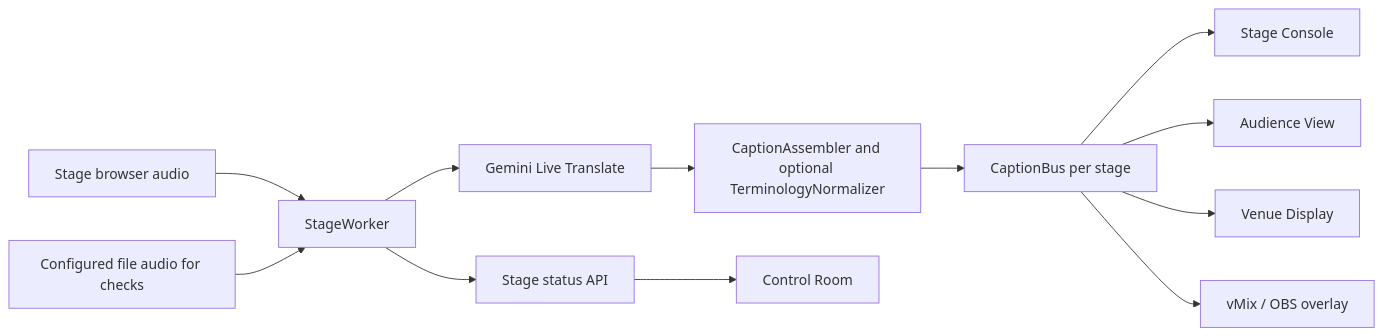
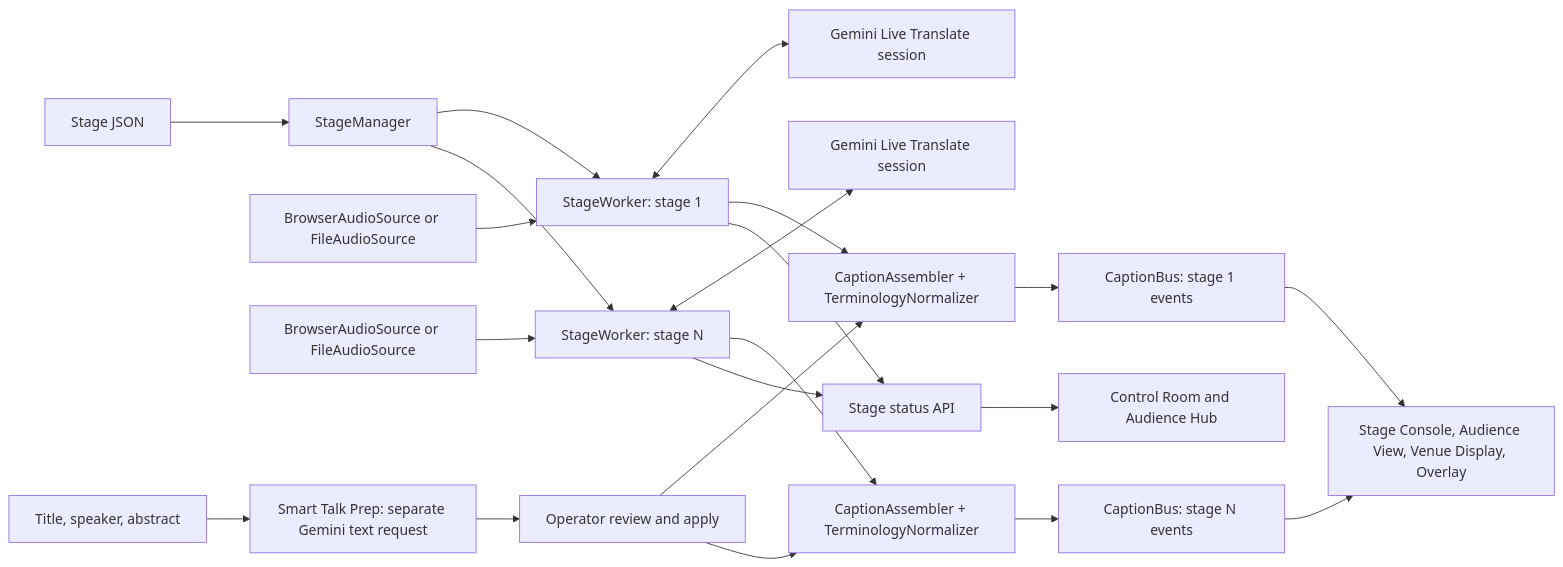
The diagram in docs/architecture.md (ignaciomakara/StagePulse), drawn with Mermaid before and after one commit. The commit also changed other lines of this file and 17 other files, not shown here.

````diff
--- a/docs/architecture.md
+++ b/docs/architecture.md
@@ -5,14 +7,27 @@
 ```mermaid
 flowchart LR
-    A[Stage browser audio] --> W[StageWorker]
-    F[Configured file audio for checks] --> W
-    W --> P[Gemini Live Translate]
-    P --> N[CaptionAssembler and optional TerminologyNormalizer]
-    N --> B[CaptionBus per stage]
-    B --> S[Stage Console]
-    B --> U[Audience View]
-    B --> D[Venue Display]
-    B --> O[vMix / OBS overlay]
-    W --> H[Stage status API]
-    H --> C[Control Room]
+    CFG[Stage JSON] --> M[StageManager]
+    M --> W1[StageWorker: stage 1]
+    M --> WN[StageWorker: stage N]
+
+    A1[BrowserAudioSource or FileAudioSource] --> W1
+    AN[BrowserAudioSource or FileAudioSource] --> WN
+    W1 <--> G1[Gemini Live Translate session]
+    WN <--> GN[Gemini Live Translate session]
+
+    W1 --> P1[CaptionAssembler + TerminologyNormalizer]
+    WN --> PN[CaptionAssembler + TerminologyNormalizer]
+    P1 --> B1[CaptionBus: stage 1 events]
+    PN --> BN[CaptionBus: stage N events]
+    B1 --> V[Stage Console, Audience View, Venue Display, Overlay]
+    BN --> V
+
+    W1 --> API[Stage status API]
+    WN --> API
+    API --> CR[Control Room and Audience Hub]
+
+    META[Title, speaker, abstract] --> PREP[Smart Talk Prep: separate Gemini text request]
+    PREP --> REVIEW[Operator review and apply]
+    REVIEW --> P1
+    REVIEW --> PN
 ```
````
